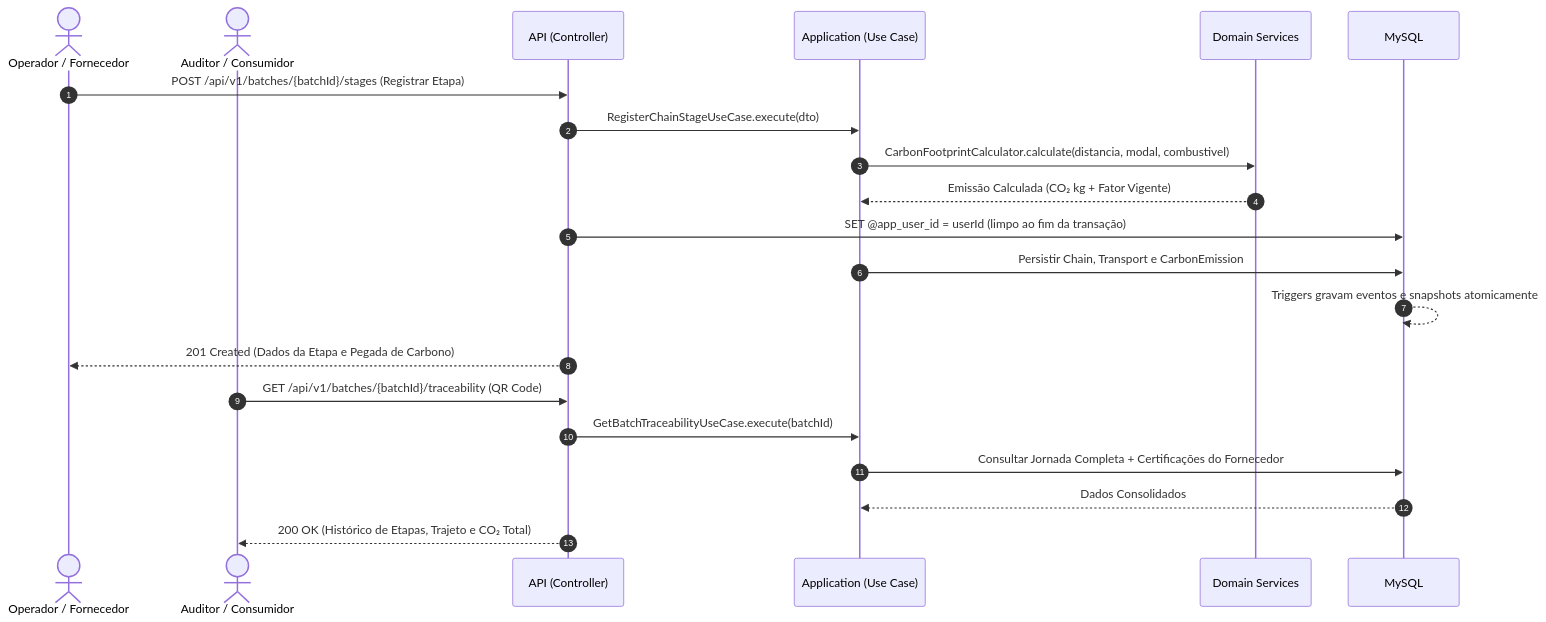
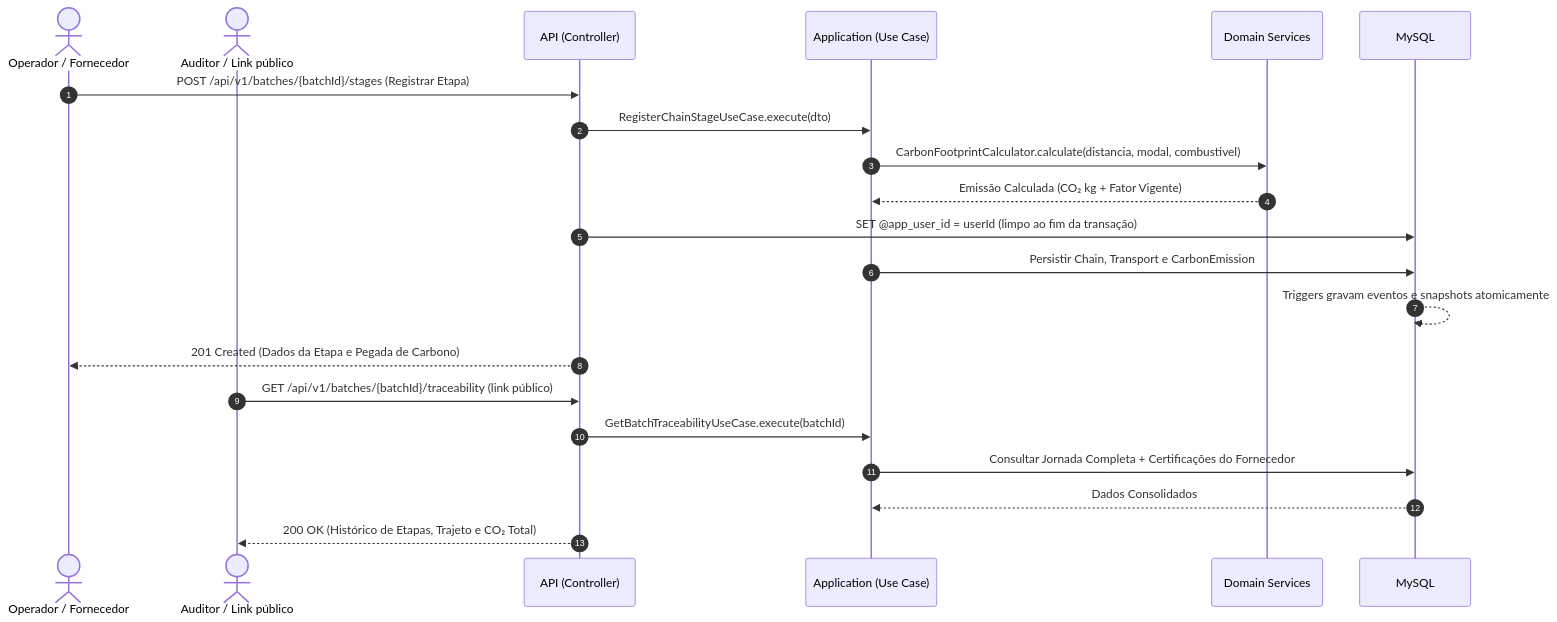
The first of 2 diagrams in README.md (matheusnascimentods/supply-chain-verde-api), drawn with Mermaid before and after one commit. The commit also changed other lines of this file and 2 other files, not shown here.

First line of the commit message:
docs: tira o QR Code do escopo

````diff
--- a/README.md
+++ b/README.md
@@ -15,25 +15,25 @@
 ```mermaid
 sequenceDiagram
     autonumber
     actor User as Operador / Fornecedor
-    actor Auditor as Auditor / Consumidor
+    actor Auditor as Auditor / Link público
     participant API as API (Controller)
     participant UC as Application (Use Case)
     participant Domain as Domain Services
     participant DB as MySQL
 
     User->>API: POST /api/v1/batches/{batchId}/stages (Registrar Etapa)
     API->>UC: RegisterChainStageUseCase.execute(dto)
     UC->>Domain: CarbonFootprintCalculator.calculate(distancia, modal, combustivel)
     Domain-->>UC: Emissão Calculada (CO₂ kg + Fator Vigente)
     API->>DB: SET @app_user_id = userId (limpo ao fim da transação)
     UC->>DB: Persistir Chain, Transport e CarbonEmission
     DB-->>DB: Triggers gravam eventos e snapshots atomicamente
     API-->>User: 201 Created (Dados da Etapa e Pegada de Carbono)
 
-    Auditor->>API: GET /api/v1/batches/{batchId}/traceability (QR Code)
+    Auditor->>API: GET /api/v1/batches/{batchId}/traceability (link público)
     API->>UC: GetBatchTraceabilityUseCase.execute(batchId)
     UC->>DB: Consultar Jornada Completa + Certificações do Fornecedor
     DB-->>UC: Dados Consolidados
     API-->>Auditor: 200 OK (Histórico de Etapas, Trajeto e CO₂ Total)
 ```
````
